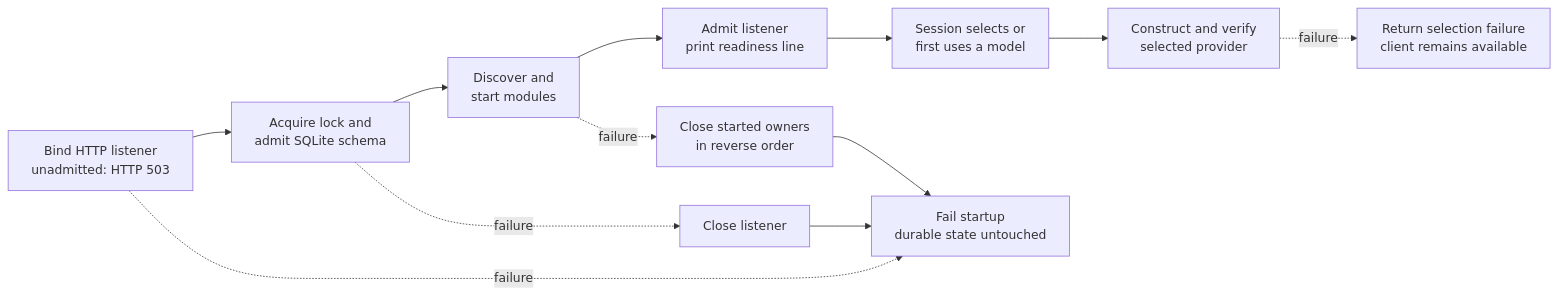
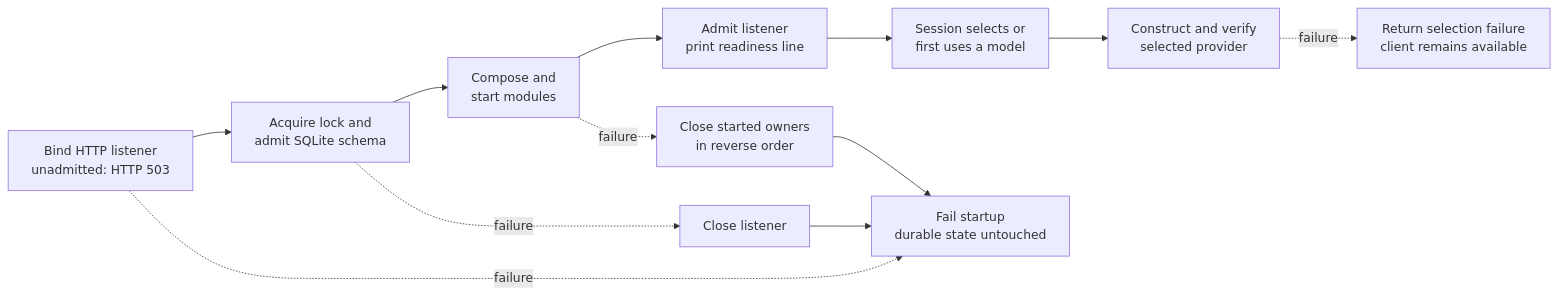
Before and after one commit to plurnk/plurnk-service: the second of 11 diagrams in plurnk-core/SPEC.md, drawn with Mermaid. The commit also changed other lines of this file and 44 other files, not shown here.

Commit message:
refactor(core): compose daemon modules statically and erase discovery (#1444)

````diff
--- a/plurnk-core/SPEC.md
+++ b/plurnk-core/SPEC.md
@@ -95,12 +95,12 @@
 ```mermaid
 flowchart LR
     LISTENER["Bind HTTP listener<br/>unadmitted: HTTP 503"] --> DB["Acquire lock and<br/>admit SQLite schema"]
-    DB --> DAEMON["Discover and<br/>start modules"]
+    DB --> DAEMON["Compose and<br/>start modules"]
     DAEMON --> CLIENT["Admit listener<br/>print readiness line"]
     CLIENT --> SELECT["Session selects or<br/>first uses a model"]
     SELECT --> PROVIDER["Construct and verify<br/>selected provider"]
     LISTENER -. failure .-> FAIL["Fail startup<br/>durable state untouched"]
     DB -. failure .-> CLOSE_LISTENER["Close listener"] --> FAIL
     DAEMON -. failure .-> TEARDOWN["Close started owners<br/>in reverse order"] --> FAIL
     PROVIDER -. failure .-> REPAIR["Return selection failure<br/>client remains available"]
 ```
````
